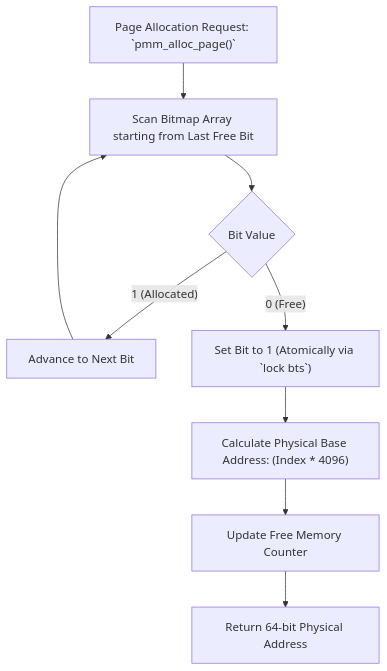
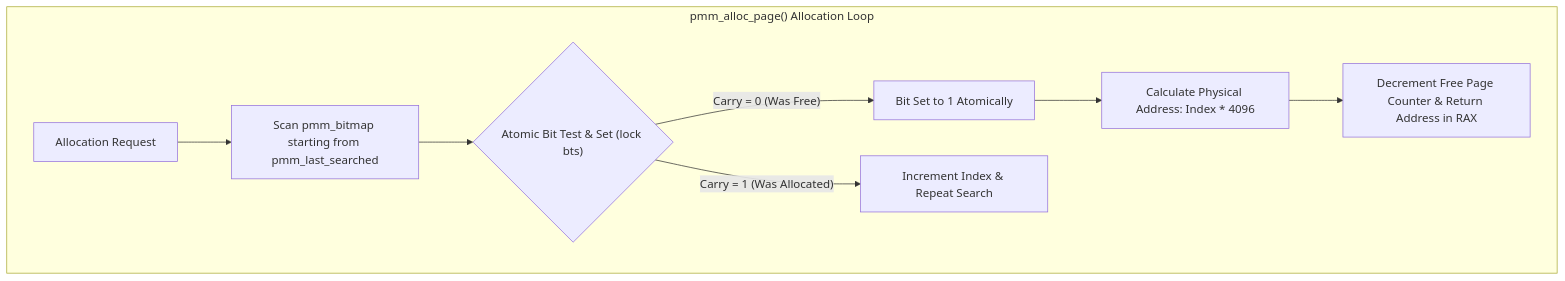
Before and after one commit to Heaplyn/Heaplit-OS: the diagram in obsidian_vault/01 - Ring 0 - Metal Core (Assembly)/ring_0/memory/05 - Physical Memory Allocator (PMM).md, drawn with Mermaid. The commit also changed other lines of this file and 16 other files, not shown here.

````diff
--- a/obsidian_vault/01 - Ring 0 - Metal Core (Assembly)/ring_0/memory/05 - Physical Memory Allocator (PMM).md
+++ b/obsidian_vault/01 - Ring 0 - Metal Core (Assembly)/ring_0/memory/05 - Physical Memory Allocator (PMM).md
@@ -54,11 +16,11 @@
 ```mermaid
 flowchart TD
-    A["Page Allocation Request: `pmm_alloc_page()`"] --> B["Scan Bitmap Array starting from Last Free Bit"]
-    B --> C{"Bit Value"}
-    C -->|"1 (Allocated)"| D["Advance to Next Bit"]
-    D --> B
-    C -->|"0 (Free)"| E["Set Bit to 1 (Atomically via `lock bts`)"]
-    E --> F["Calculate Physical Base Address: (Index * 4096)"]
-    F --> G["Update Free Memory Counter"]
-    G --> H["Return 64-bit Physical Address"]
+    subgraph PMM_Allocation["pmm_alloc_page() Allocation Loop"]
+        A["Allocation Request"] --> B["Scan pmm_bitmap starting from pmm_last_searched"]
+        B --> C{"Atomic Bit Test & Set (lock bts)"}
+        C -->|"Carry = 0 (Was Free)"| D["Bit Set to 1 Atomically"]
+        C -->|"Carry = 1 (Was Allocated)"| E["Increment Index & Repeat Search"]
+        D --> F["Calculate Physical Address: Index * 4096"]
+        F --> G["Decrement Free Page Counter & Return Address in RAX"]
+    end
 ```
````
